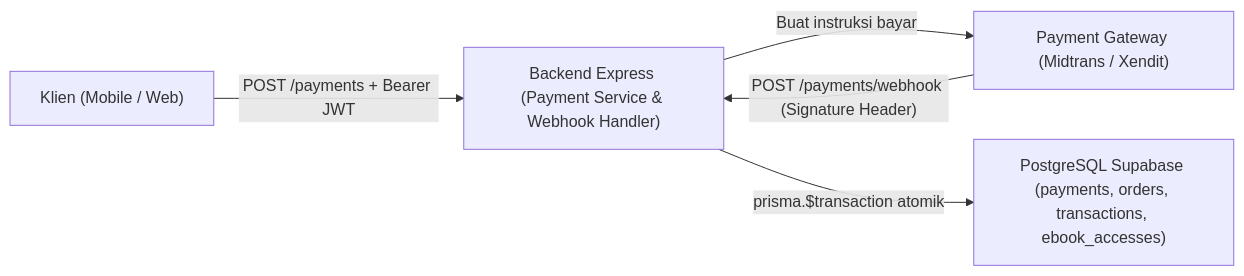
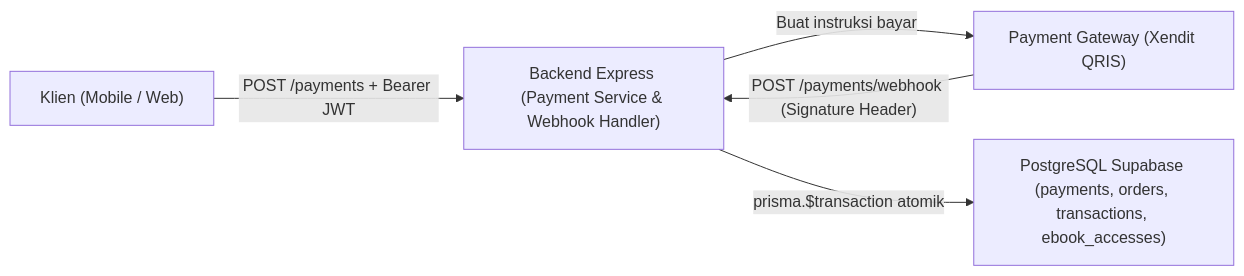
One commit to Faiq-DataSci/ebook-ecommerce changed the first of 3 diagrams in docs/06-modules/payment-management.md. Above: the diagram before and after it, drawn with Mermaid. The commit also changed other lines of this file and 25 other files, not shown here.

````diff
--- a/docs/06-modules/payment-management.md
+++ b/docs/06-modules/payment-management.md
@@ -19,12 +19,12 @@
 ```mermaid
 flowchart LR
     Client["Klien (Mobile / Web)"]
     Express["Backend Express (Payment Service & Webhook Handler)"]
-    PG["Payment Gateway (Midtrans / Xendit)"]
+    PG["Payment Gateway (Xendit QRIS)"]
     DB["PostgreSQL Supabase (payments, orders, transactions, ebook_accesses)"]
 
     Client -->|"POST /payments + Bearer JWT"| Express
     Express -->|"Buat instruksi bayar"| PG
     PG -->|"POST /payments/webhook (Signature Header)"| Express
     Express -->|"prisma.$transaction atomik"| DB
 ```
````
